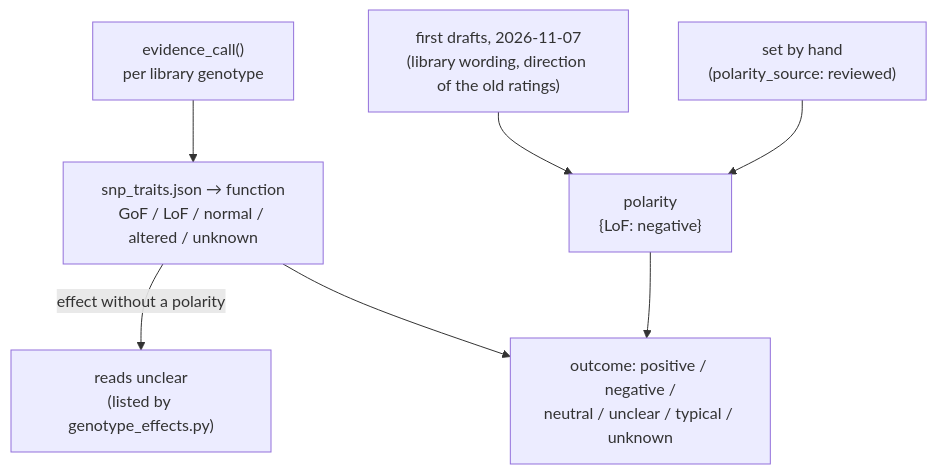
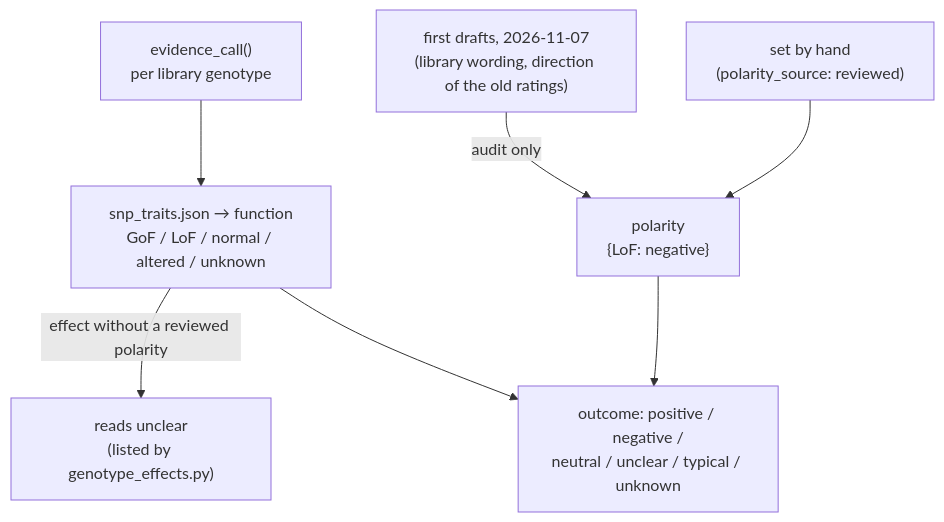
Before and after one commit to Lyceriuss/DNA-Analyzer: the third of 5 diagrams in docs/architecture/evidence.md, drawn with Mermaid. The commit also changed other lines of this file and 28 other files, not shown here.

First line of the commit message:
0.1.10: evidence over the old library, correct tissue counts, a UI pass

````diff
--- a/docs/architecture/evidence.md
+++ b/docs/architecture/evidence.md
@@ -63,8 +65,8 @@
 ```mermaid
 flowchart TB
     EC["evidence_call()<br/>per library genotype"] --> FN["snp_traits.json → function<br/>GoF / LoF / normal / altered / unknown"]
-    OLD["first drafts, 2026-11-07<br/>(library wording, direction of the old ratings)"] --> POL["polarity<br/>{LoF: negative}"]
-    HAND["set by hand<br/>(polarity_source: reviewed)"] --> POL
-    FN -->|"effect without a polarity"| NONE["reads unclear<br/>(listed by genotype_effects.py)"]
+    OLD["first drafts, 2026-11-07<br/>(library wording, direction of the old ratings)"] -->|"audit only"| POL
+    HAND["set by hand<br/>(polarity_source: reviewed)"] --> POL["polarity<br/>{LoF: negative}"]
+    FN -->|"effect without a reviewed polarity"| NONE["reads unclear<br/>(listed by genotype_effects.py)"]
     FN & POL --> OUT["outcome: positive / negative /<br/>neutral / unclear / typical / unknown"]
 ```
````
